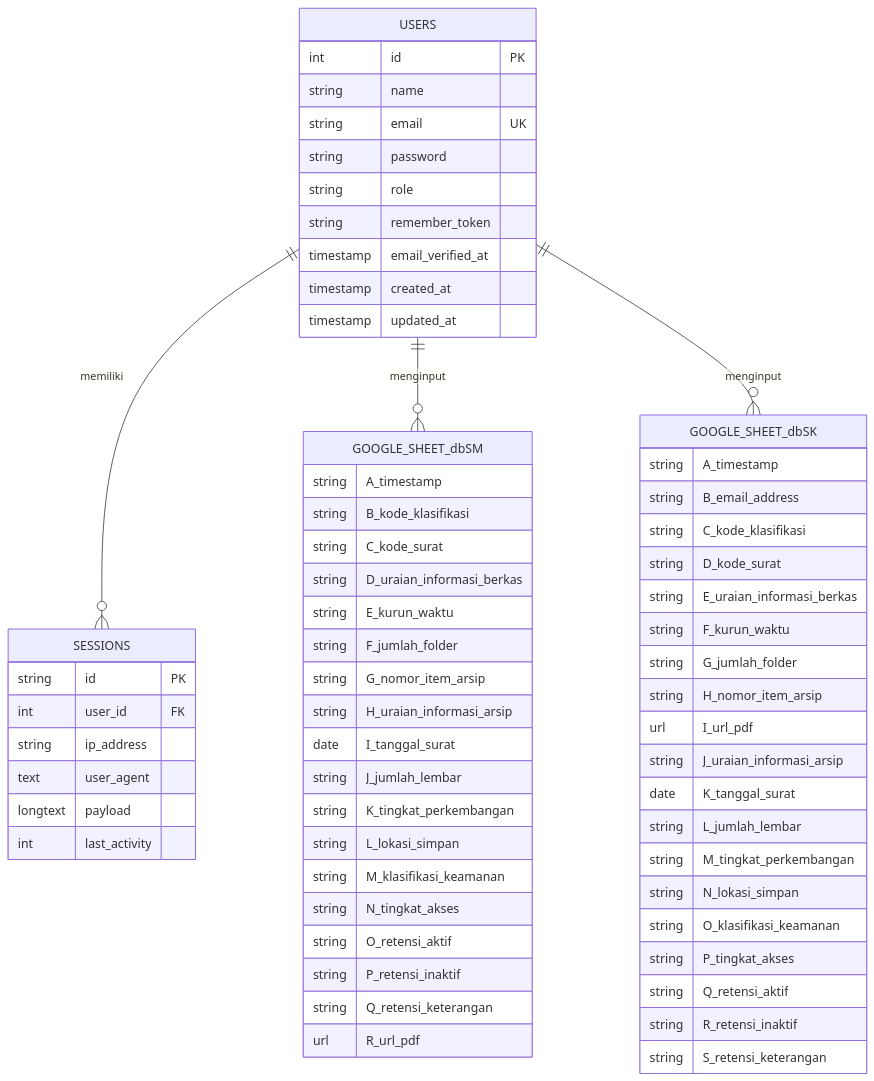
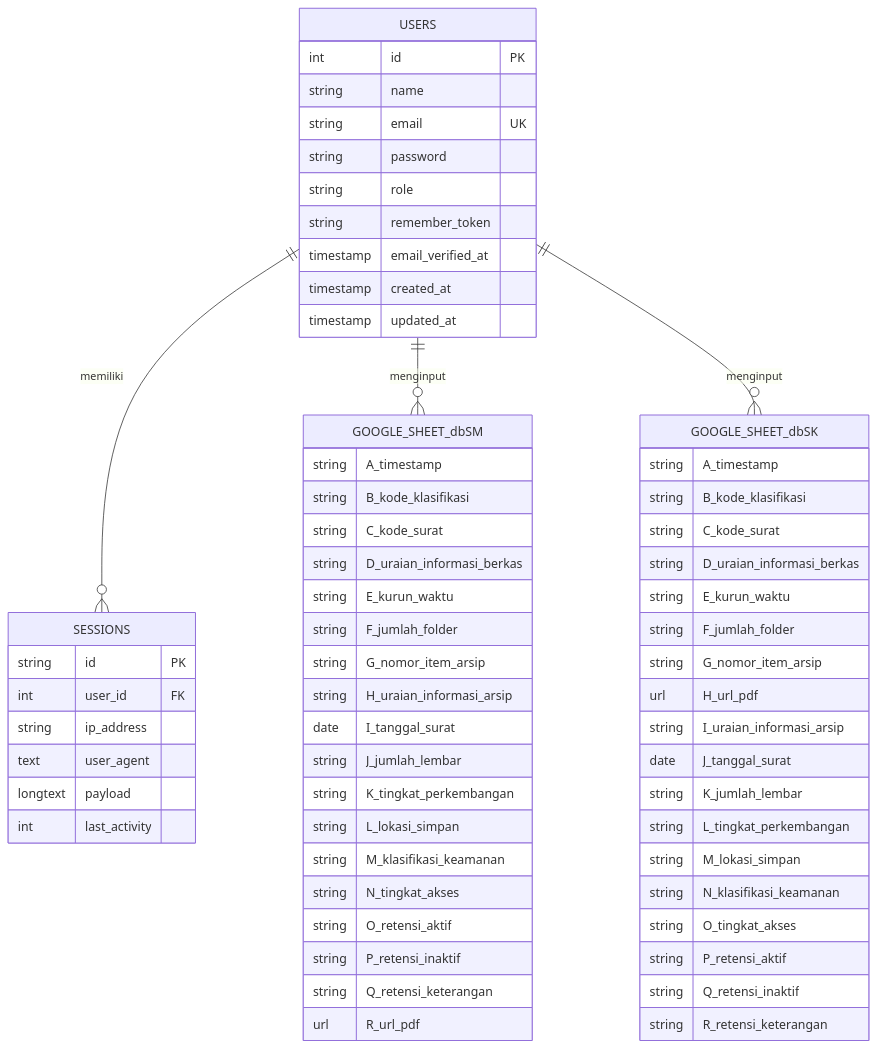
The first of 3 diagrams in README.md (Rpl087/PROJECT-MAGANG), drawn with Mermaid before and after one commit. The commit also changed other lines of this file and 7 other files, not shown here.

````diff
--- a/README.md
+++ b/README.md
@@ -142,70 +249,69 @@
 ```mermaid
 erDiagram
     USERS {
         int id PK
         string name
         string email UK
         string password
         string role
         string remember_token
         timestamp email_verified_at
         timestamp created_at
         timestamp updated_at
     }
 
     SESSIONS {
         string id PK
         int user_id FK
         string ip_address
         text user_agent
         longtext payload
         int last_activity
     }
 
     GOOGLE_SHEET_dbSM {
         string A_timestamp
         string B_kode_klasifikasi
         string C_kode_surat
         string D_uraian_informasi_berkas
         string E_kurun_waktu
         string F_jumlah_folder
         string G_nomor_item_arsip
         string H_uraian_informasi_arsip
         date   I_tanggal_surat
         string J_jumlah_lembar
         string K_tingkat_perkembangan
         string L_lokasi_simpan
         string M_klasifikasi_keamanan
         string N_tingkat_akses
         string O_retensi_aktif
         string P_retensi_inaktif
         string Q_retensi_keterangan
         url    R_url_pdf
     }
 
     GOOGLE_SHEET_dbSK {
         string A_timestamp
-        string B_email_address
-        string C_kode_klasifikasi
-        string D_kode_surat
-        string E_uraian_informasi_berkas
-        string F_kurun_waktu
-        string G_jumlah_folder
-        string H_nomor_item_arsip
-        url    I_url_pdf
-        string J_uraian_informasi_arsip
-        date   K_tanggal_surat
-        string L_jumlah_lembar
-        string M_tingkat_perkembangan
-        string N_lokasi_simpan
-        string O_klasifikasi_keamanan
-        string P_tingkat_akses
-        string Q_retensi_aktif
-        string R_retensi_inaktif
-        string S_retensi_keterangan
+        string B_kode_klasifikasi
+        string C_kode_surat
+        string D_uraian_informasi_berkas
+        string E_kurun_waktu
+        string F_jumlah_folder
+        string G_nomor_item_arsip
+        url    H_url_pdf
+        string I_uraian_informasi_arsip
+        date   J_tanggal_surat
+        string K_jumlah_lembar
+        string L_tingkat_perkembangan
+        string M_lokasi_simpan
+        string N_klasifikasi_keamanan
+        string O_tingkat_akses
+        string P_retensi_aktif
+        string Q_retensi_inaktif
+        string R_retensi_keterangan
     }
 
     USERS ||--o{ SESSIONS : "memiliki"
     USERS ||--o{ GOOGLE_SHEET_dbSM : "menginput"
     USERS ||--o{ GOOGLE_SHEET_dbSK : "menginput"
 ```
````
